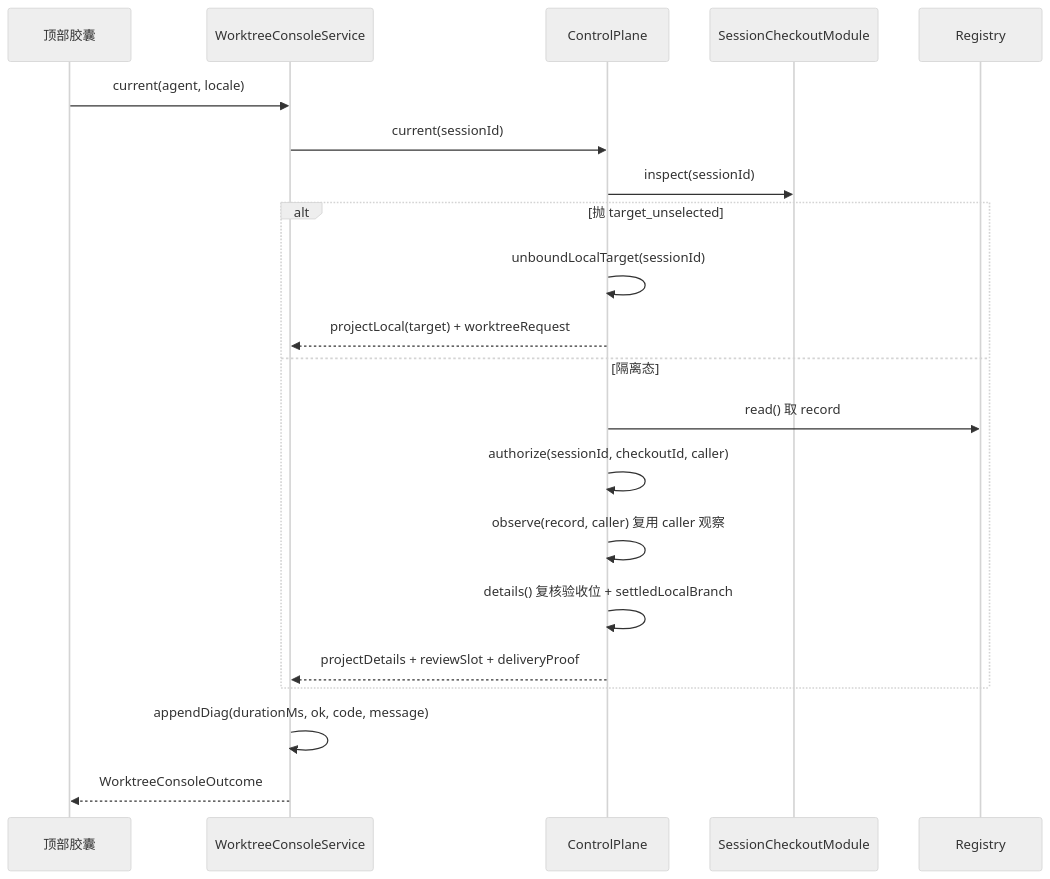
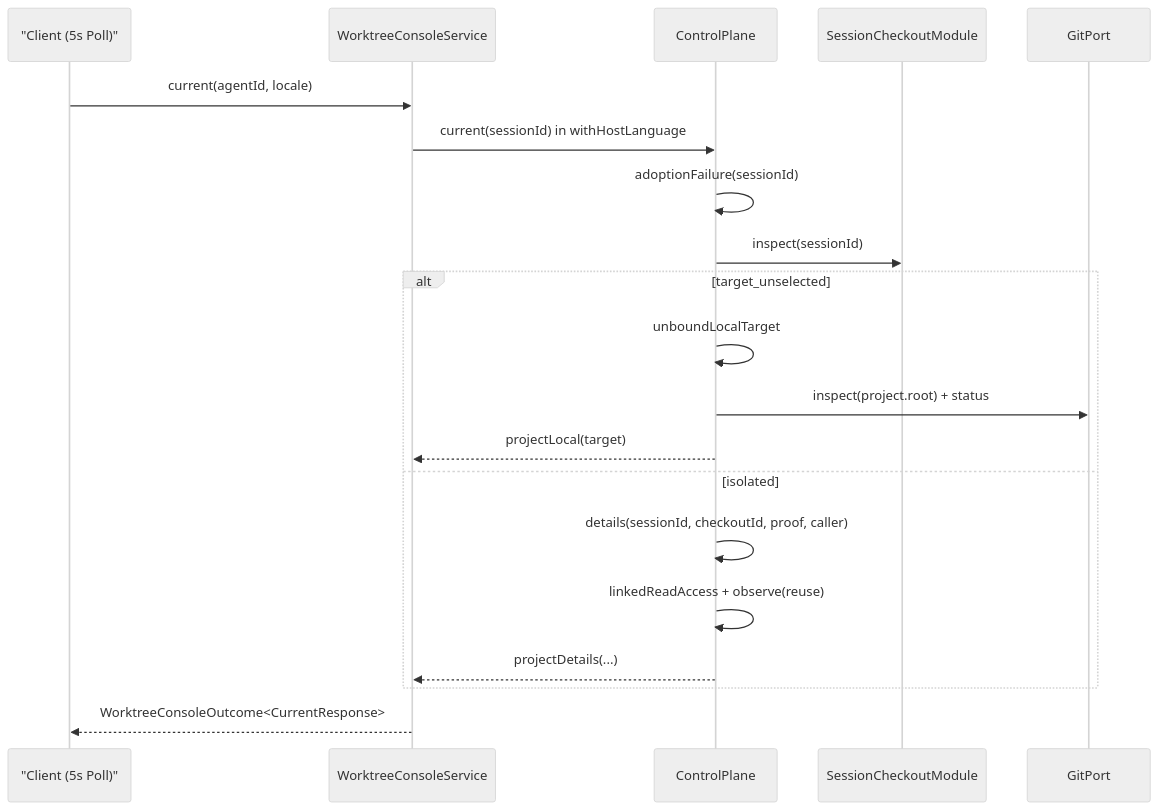
The fifth of 9 diagrams in .codewiki/modules/console-host-control-plane.md (ikliml666/dsh-git-workspace), drawn with Mermaid (neutral theme) before and after one commit. The commit also changed other lines of this file and 117 other files, not shown here.

````diff
--- a/.codewiki/modules/console-host-control-plane.md
+++ b/.codewiki/modules/console-host-control-plane.md
@@ -420,23 +260,23 @@
 ```mermaid
 sequenceDiagram
-  participant Cap as 顶部胶囊
-  participant Svc as WorktreeConsoleService
-  participant CP as ControlPlane
-  participant Mod as SessionCheckoutModule
-  participant Reg as Registry
-  Cap->>Svc: current(agent, locale)
-  Svc->>CP: current(sessionId)
-  CP->>Mod: inspect(sessionId)
-  alt 抛 target_unselected
-    CP->>CP: unboundLocalTarget(sessionId)
-    CP-->>Svc: projectLocal(target) + worktreeRequest
-  else 隔离态
-    CP->>Reg: read() 取 record
-    CP->>CP: authorize(sessionId, checkoutId, caller)
-    CP->>CP: observe(record, caller) 复用 caller 观察
-    CP->>CP: details() 复核验收位 + settledLocalBranch
-    CP-->>Svc: projectDetails + reviewSlot + deliveryProof
+  participant C as "Client (5s Poll)"
+  participant S as WorktreeConsoleService
+  participant P as ControlPlane
+  participant M as SessionCheckoutModule
+  participant G as GitPort
+
+  C->>S: current(agentId, locale)
+  S->>P: current(sessionId) in withHostLanguage
+  P->>P: adoptionFailure(sessionId)
+  P->>M: inspect(sessionId)
+  alt target_unselected
+    P->>P: unboundLocalTarget
+    P->>G: inspect(project.root) + status
+    P-->>S: projectLocal(target)
+  else isolated
+    P->>P: details(sessionId, checkoutId, proof, caller)
+    P->>P: linkedReadAccess + observe(reuse)
+    P-->>S: projectDetails(...)
   end
-  Svc->>Svc: appendDiag(durationMs, ok, code, message)
-  Svc-->>Cap: WorktreeConsoleOutcome
+  S-->>C: WorktreeConsoleOutcome<CurrentResponse>
 ```
````
